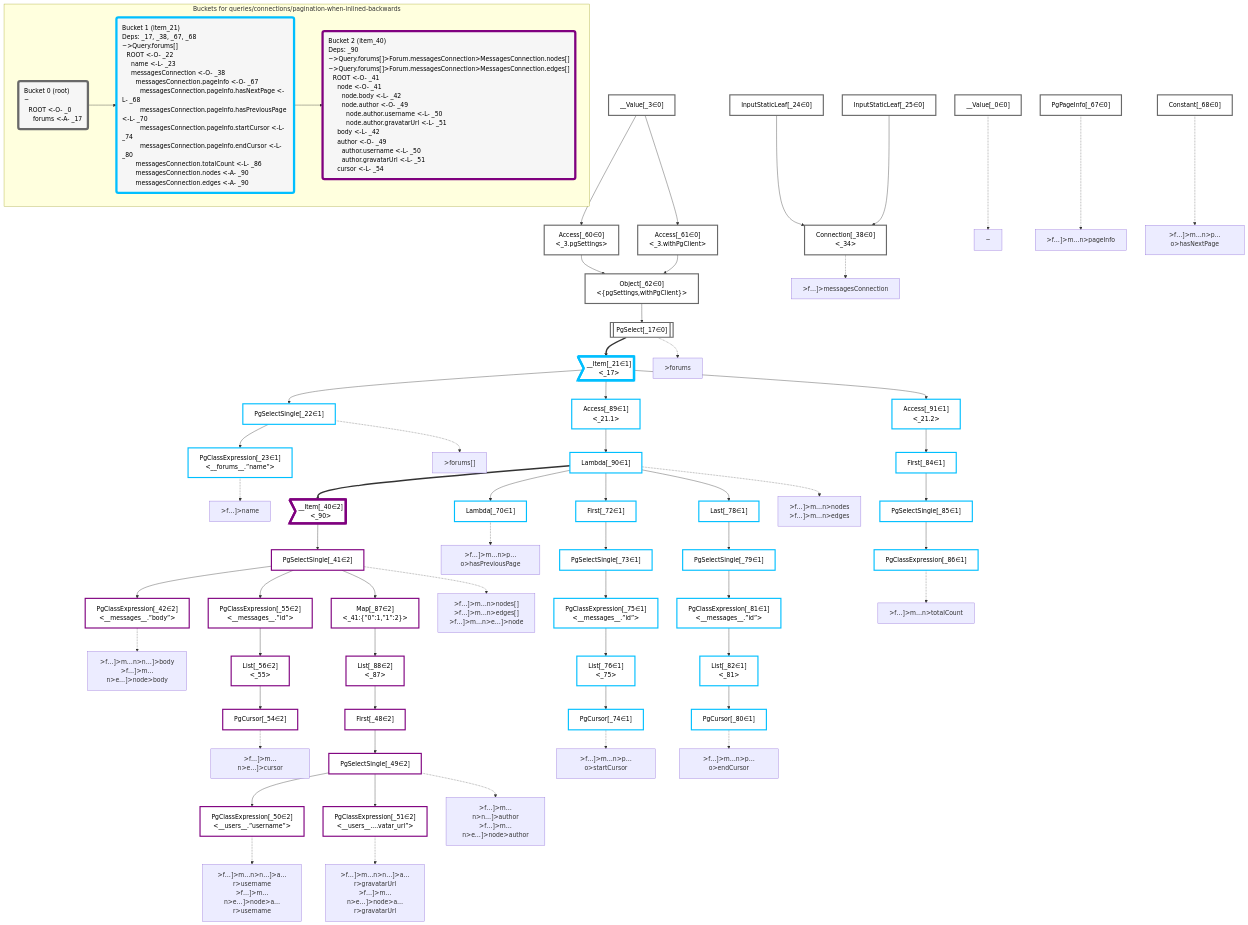
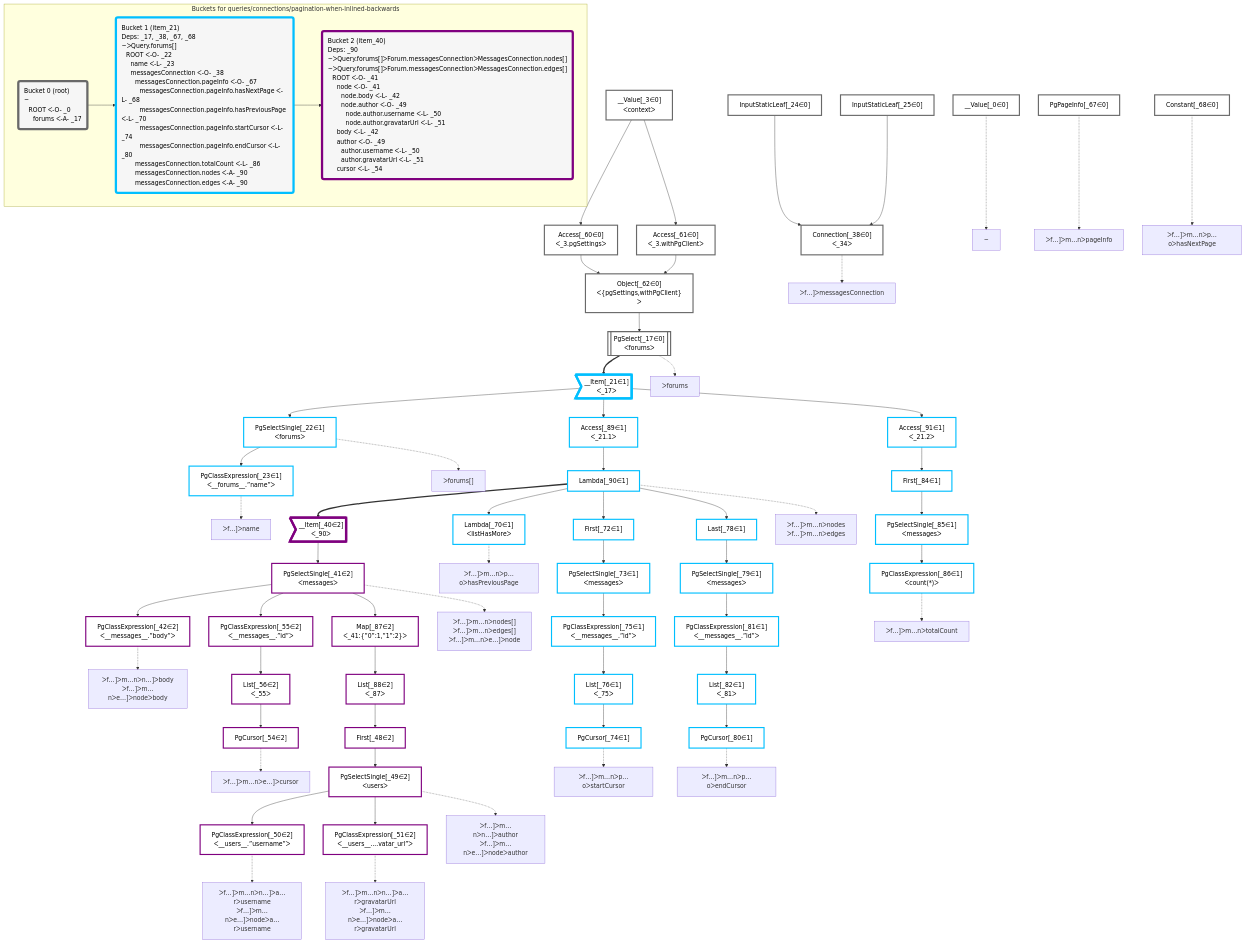
The diagram in packages/dataplan-pg/__tests__/queries/connections/pagination-when-inlined-backwards.mermaid.md (graphile/crystal), drawn with Mermaid before and after one commit. The commit also changed 195 other files, not shown here.

```diff
--- a/packages/dataplan-pg/__tests__/queries/connections/pagination-when-inlined-backwards.mermaid.md
+++ b/packages/dataplan-pg/__tests__/queries/connections/pagination-when-inlined-backwards.mermaid.md
@@ -9,48 +9,48 @@
 
     %% define plans
     __Value_0["__Value[_0∈0]"]:::plan
-    __Value_3["__Value[_3∈0]<br /><context>"]:::plan
-    PgSelect_17[["PgSelect[_17∈0]<br /><forums>"]]:::plan
-    __Item_21>"__Item[_21∈1]<br /><_17>"]:::itemplan
-    PgSelectSingle_22["PgSelectSingle[_22∈1]<br /><forums>"]:::plan
-    PgClassExpression_23["PgClassExpression[_23∈1]<br /><__forums__.”name”>"]:::plan
+    __Value_3["__Value[_3∈0]<br />ᐸcontextᐳ"]:::plan
+    PgSelect_17[["PgSelect[_17∈0]<br />ᐸforumsᐳ"]]:::plan
+    __Item_21>"__Item[_21∈1]<br />ᐸ_17ᐳ"]:::itemplan
+    PgSelectSingle_22["PgSelectSingle[_22∈1]<br />ᐸforumsᐳ"]:::plan
+    PgClassExpression_23["PgClassExpression[_23∈1]<br />ᐸ__forums__.”name”ᐳ"]:::plan
     InputStaticLeaf_24["InputStaticLeaf[_24∈0]"]:::plan
     InputStaticLeaf_25["InputStaticLeaf[_25∈0]"]:::plan
-    Connection_38["Connection[_38∈0]<br /><_34>"]:::plan
-    __Item_40>"__Item[_40∈2]<br /><_90>"]:::itemplan
-    PgSelectSingle_41["PgSelectSingle[_41∈2]<br /><messages>"]:::plan
-    PgClassExpression_42["PgClassExpression[_42∈2]<br /><__messages__.”body”>"]:::plan
+    Connection_38["Connection[_38∈0]<br />ᐸ_34ᐳ"]:::plan
+    __Item_40>"__Item[_40∈2]<br />ᐸ_90ᐳ"]:::itemplan
+    PgSelectSingle_41["PgSelectSingle[_41∈2]<br />ᐸmessagesᐳ"]:::plan
+    PgClassExpression_42["PgClassExpression[_42∈2]<br />ᐸ__messages__.”body”ᐳ"]:::plan
     First_48["First[_48∈2]"]:::plan
-    PgSelectSingle_49["PgSelectSingle[_49∈2]<br /><users>"]:::plan
-    PgClassExpression_50["PgClassExpression[_50∈2]<br /><__users__.”username”>"]:::plan
-    PgClassExpression_51["PgClassExpression[_51∈2]<br /><__users__....vatar_url”>"]:::plan
+    PgSelectSingle_49["PgSelectSingle[_49∈2]<br />ᐸusersᐳ"]:::plan
+    PgClassExpression_50["PgClassExpression[_50∈2]<br />ᐸ__users__.”username”ᐳ"]:::plan
+    PgClassExpression_51["PgClassExpression[_51∈2]<br />ᐸ__users__....vatar_url”ᐳ"]:::plan
     PgCursor_54["PgCursor[_54∈2]"]:::plan
-    PgClassExpression_55["PgClassExpression[_55∈2]<br /><__messages__.”id”>"]:::plan
-    List_56["List[_56∈2]<br /><_55>"]:::plan
-    Access_60["Access[_60∈0]<br /><_3.pgSettings>"]:::plan
-    Access_61["Access[_61∈0]<br /><_3.withPgClient>"]:::plan
-    Object_62["Object[_62∈0]<br /><{pgSettings,withPgClient}>"]:::plan
+    PgClassExpression_55["PgClassExpression[_55∈2]<br />ᐸ__messages__.”id”ᐳ"]:::plan
+    List_56["List[_56∈2]<br />ᐸ_55ᐳ"]:::plan
+    Access_60["Access[_60∈0]<br />ᐸ_3.pgSettingsᐳ"]:::plan
+    Access_61["Access[_61∈0]<br />ᐸ_3.withPgClientᐳ"]:::plan
+    Object_62["Object[_62∈0]<br />ᐸ{pgSettings,withPgClient}ᐳ"]:::plan
     PgPageInfo_67["PgPageInfo[_67∈0]"]:::plan
     Constant_68["Constant[_68∈0]"]:::plan
-    Lambda_70["Lambda[_70∈1]<br /><listHasMore>"]:::plan
+    Lambda_70["Lambda[_70∈1]<br />ᐸlistHasMoreᐳ"]:::plan
     First_72["First[_72∈1]"]:::plan
-    PgSelectSingle_73["PgSelectSingle[_73∈1]<br /><messages>"]:::plan
+    PgSelectSingle_73["PgSelectSingle[_73∈1]<br />ᐸmessagesᐳ"]:::plan
     PgCursor_74["PgCursor[_74∈1]"]:::plan
-    PgClassExpression_75["PgClassExpression[_75∈1]<br /><__messages__.”id”>"]:::plan
-    List_76["List[_76∈1]<br /><_75>"]:::plan
+    PgClassExpression_75["PgClassExpression[_75∈1]<br />ᐸ__messages__.”id”ᐳ"]:::plan
+    List_76["List[_76∈1]<br />ᐸ_75ᐳ"]:::plan
     Last_78["Last[_78∈1]"]:::plan
-    PgSelectSingle_79["PgSelectSingle[_79∈1]<br /><messages>"]:::plan
+    PgSelectSingle_79["PgSelectSingle[_79∈1]<br />ᐸmessagesᐳ"]:::plan
     PgCursor_80["PgCursor[_80∈1]"]:::plan
-    PgClassExpression_81["PgClassExpression[_81∈1]<br /><__messages__.”id”>"]:::plan
-    List_82["List[_82∈1]<br /><_81>"]:::plan
+    PgClassExpression_81["PgClassExpression[_81∈1]<br />ᐸ__messages__.”id”ᐳ"]:::plan
+    List_82["List[_82∈1]<br />ᐸ_81ᐳ"]:::plan
     First_84["First[_84∈1]"]:::plan
-    PgSelectSingle_85["PgSelectSingle[_85∈1]<br /><messages>"]:::plan
-    PgClassExpression_86["PgClassExpression[_86∈1]<br /><count(*)>"]:::plan
-    Map_87["Map[_87∈2]<br /><_41:{”0”:1,”1”:2}>"]:::plan
-    List_88["List[_88∈2]<br /><_87>"]:::plan
-    Access_89["Access[_89∈1]<br /><_21.1>"]:::plan
+    PgSelectSingle_85["PgSelectSingle[_85∈1]<br />ᐸmessagesᐳ"]:::plan
+    PgClassExpression_86["PgClassExpression[_86∈1]<br />ᐸcount(*)ᐳ"]:::plan
+    Map_87["Map[_87∈2]<br />ᐸ_41:{”0”:1,”1”:2}ᐳ"]:::plan
+    List_88["List[_88∈2]<br />ᐸ_87ᐳ"]:::plan
+    Access_89["Access[_89∈1]<br />ᐸ_21.1ᐳ"]:::plan
     Lambda_90["Lambda[_90∈1]"]:::plan
-    Access_91["Access[_91∈1]<br /><_21.2>"]:::plan
+    Access_91["Access[_91∈1]<br />ᐸ_21.2ᐳ"]:::plan
 
     %% plan dependencies
     Object_62 --> PgSelect_17
@@ -96,39 +96,39 @@
     %% plan-to-path relationships
     P_0["~"]
     __Value_0 -.-> P_0
-    P_17[">forums"]
+    P_17["ᐳforums"]
     PgSelect_17 -.-> P_17
-    P_22[">forums[]"]
+    P_22["ᐳforums[]"]
     PgSelectSingle_22 -.-> P_22
-    P_23[">f…]>name"]
+    P_23["ᐳf…]ᐳname"]
     PgClassExpression_23 -.-> P_23
-    P_38[">f…]>messagesConnection"]
+    P_38["ᐳf…]ᐳmessagesConnection"]
     Connection_38 -.-> P_38
-    P_41[">f…]>m…n>nodes[]<br />>f…]>m…n>edges[]<br />>f…]>m…n>e…]>node"]
+    P_41["ᐳf…]ᐳm…nᐳnodes[]<br />ᐳf…]ᐳm…nᐳedges[]<br />ᐳf…]ᐳm…nᐳe…]ᐳnode"]
     PgSelectSingle_41 -.-> P_41
-    P_42[">f…]>m…n>n…]>body<br />>f…]>m…n>e…]>node>body"]
+    P_42["ᐳf…]ᐳm…nᐳn…]ᐳbody<br />ᐳf…]ᐳm…nᐳe…]ᐳnodeᐳbody"]
     PgClassExpression_42 -.-> P_42
-    P_49[">f…]>m…n>n…]>author<br />>f…]>m…n>e…]>node>author"]
+    P_49["ᐳf…]ᐳm…nᐳn…]ᐳauthor<br />ᐳf…]ᐳm…nᐳe…]ᐳnodeᐳauthor"]
     PgSelectSingle_49 -.-> P_49
-    P_50[">f…]>m…n>n…]>a…r>username<br />>f…]>m…n>e…]>node>a…r>username"]
+    P_50["ᐳf…]ᐳm…nᐳn…]ᐳa…rᐳusername<br />ᐳf…]ᐳm…nᐳe…]ᐳnodeᐳa…rᐳusername"]
     PgClassExpression_50 -.-> P_50
-    P_51[">f…]>m…n>n…]>a…r>gravatarUrl<br />>f…]>m…n>e…]>node>a…r>gravatarUrl"]
+    P_51["ᐳf…]ᐳm…nᐳn…]ᐳa…rᐳgravatarUrl<br />ᐳf…]ᐳm…nᐳe…]ᐳnodeᐳa…rᐳgravatarUrl"]
     PgClassExpression_51 -.-> P_51
-    P_54[">f…]>m…n>e…]>cursor"]
+    P_54["ᐳf…]ᐳm…nᐳe…]ᐳcursor"]
     PgCursor_54 -.-> P_54
-    P_67[">f…]>m…n>pageInfo"]
+    P_67["ᐳf…]ᐳm…nᐳpageInfo"]
     PgPageInfo_67 -.-> P_67
-    P_68[">f…]>m…n>p…o>hasNextPage"]
+    P_68["ᐳf…]ᐳm…nᐳp…oᐳhasNextPage"]
     Constant_68 -.-> P_68
-    P_70[">f…]>m…n>p…o>hasPreviousPage"]
+    P_70["ᐳf…]ᐳm…nᐳp…oᐳhasPreviousPage"]
     Lambda_70 -.-> P_70
-    P_74[">f…]>m…n>p…o>startCursor"]
+    P_74["ᐳf…]ᐳm…nᐳp…oᐳstartCursor"]
     PgCursor_74 -.-> P_74
-    P_80[">f…]>m…n>p…o>endCursor"]
+    P_80["ᐳf…]ᐳm…nᐳp…oᐳendCursor"]
     PgCursor_80 -.-> P_80
-    P_86[">f…]>m…n>totalCount"]
+    P_86["ᐳf…]ᐳm…nᐳtotalCount"]
     PgClassExpression_86 -.-> P_86
-    P_90[">f…]>m…n>nodes<br />>f…]>m…n>edges"]
+    P_90["ᐳf…]ᐳm…nᐳnodes<br />ᐳf…]ᐳm…nᐳedges"]
     Lambda_90 -.-> P_90
 
     %% allocate buckets
@@ -140,12 +140,12 @@
     class __Item_40,PgSelectSingle_41,PgClassExpression_42,First_48,PgSelectSingle_49,PgClassExpression_50,PgClassExpression_51,PgCursor_54,PgClassExpression_55,List_56,Map_87,List_88 bucket2
 
     subgraph "Buckets for queries/connections/pagination-when-inlined-backwards"
-    Bucket0("Bucket 0 (root)<br />~<br />⠀ROOT <-O- _0<br />⠀⠀forums <-A- _17"):::bucket
+    Bucket0("Bucket 0 (root)<br />~<br />⠀ROOT ᐸ-O- _0<br />⠀⠀forums ᐸ-A- _17"):::bucket
     style Bucket0 stroke:#696969
-    Bucket1("Bucket 1 (item_21)<br />Deps: _17, _38, _67, _68<br />~>Query.forums[]<br />⠀ROOT <-O- _22<br />⠀⠀name <-L- _23<br />⠀⠀messagesConnection <-O- _38<br />⠀⠀⠀messagesConnection.pageInfo <-O- _67<br />⠀⠀⠀⠀messagesConnection.pageInfo.hasNextPage <-L- _68<br />⠀⠀⠀⠀messagesConnection.pageInfo.hasPreviousPage <-L- _70<br />⠀⠀⠀⠀messagesConnection.pageInfo.startCursor <-L- _74<br />⠀⠀⠀⠀messagesConnection.pageInfo.endCursor <-L- _80<br />⠀⠀⠀messagesConnection.totalCount <-L- _86<br />⠀⠀⠀messagesConnection.nodes <-A- _90<br />⠀⠀⠀messagesConnection.edges <-A- _90"):::bucket
+    Bucket1("Bucket 1 (item_21)<br />Deps: _17, _38, _67, _68<br />~ᐳQuery.forums[]<br />⠀ROOT ᐸ-O- _22<br />⠀⠀name ᐸ-L- _23<br />⠀⠀messagesConnection ᐸ-O- _38<br />⠀⠀⠀messagesConnection.pageInfo ᐸ-O- _67<br />⠀⠀⠀⠀messagesConnection.pageInfo.hasNextPage ᐸ-L- _68<br />⠀⠀⠀⠀messagesConnection.pageInfo.hasPreviousPage ᐸ-L- _70<br />⠀⠀⠀⠀messagesConnection.pageInfo.startCursor ᐸ-L- _74<br />⠀⠀⠀⠀messagesConnection.pageInfo.endCursor ᐸ-L- _80<br />⠀⠀⠀messagesConnection.totalCount ᐸ-L- _86<br />⠀⠀⠀messagesConnection.nodes ᐸ-A- _90<br />⠀⠀⠀messagesConnection.edges ᐸ-A- _90"):::bucket
     style Bucket1 stroke:#00bfff
     Bucket0 --> Bucket1
-    Bucket2("Bucket 2 (item_40)<br />Deps: _90<br />~>Query.forums[]>Forum.messagesConnection>MessagesConnection.nodes[]<br />~>Query.forums[]>Forum.messagesConnection>MessagesConnection.edges[]<br />⠀ROOT <-O- _41<br />⠀⠀node <-O- _41<br />⠀⠀⠀node.body <-L- _42<br />⠀⠀⠀node.author <-O- _49<br />⠀⠀⠀⠀node.author.username <-L- _50<br />⠀⠀⠀⠀node.author.gravatarUrl <-L- _51<br />⠀⠀body <-L- _42<br />⠀⠀author <-O- _49<br />⠀⠀⠀author.username <-L- _50<br />⠀⠀⠀author.gravatarUrl <-L- _51<br />⠀⠀cursor <-L- _54"):::bucket
+    Bucket2("Bucket 2 (item_40)<br />Deps: _90<br />~ᐳQuery.forums[]ᐳForum.messagesConnectionᐳMessagesConnection.nodes[]<br />~ᐳQuery.forums[]ᐳForum.messagesConnectionᐳMessagesConnection.edges[]<br />⠀ROOT ᐸ-O- _41<br />⠀⠀node ᐸ-O- _41<br />⠀⠀⠀node.body ᐸ-L- _42<br />⠀⠀⠀node.author ᐸ-O- _49<br />⠀⠀⠀⠀node.author.username ᐸ-L- _50<br />⠀⠀⠀⠀node.author.gravatarUrl ᐸ-L- _51<br />⠀⠀body ᐸ-L- _42<br />⠀⠀author ᐸ-O- _49<br />⠀⠀⠀author.username ᐸ-L- _50<br />⠀⠀⠀author.gravatarUrl ᐸ-L- _51<br />⠀⠀cursor ᐸ-L- _54"):::bucket
     style Bucket2 stroke:#7f007f
     Bucket1 --> Bucket2
     end
```
